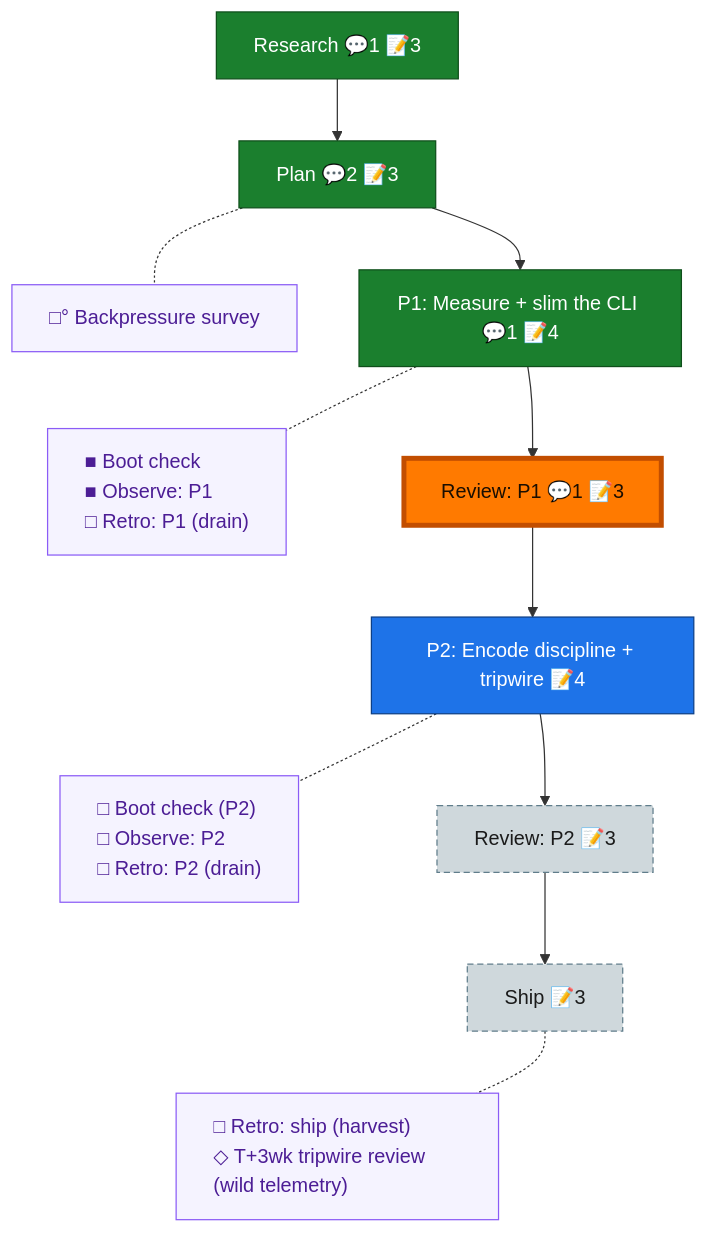
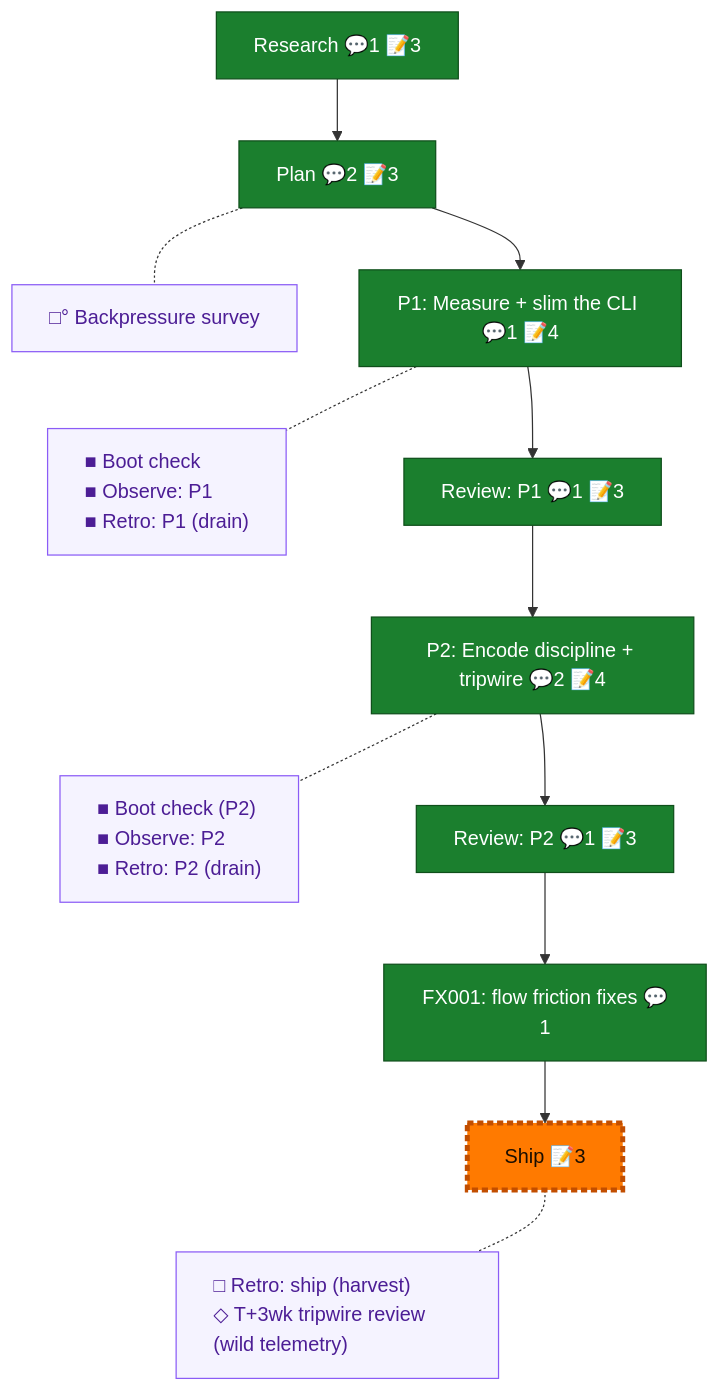
The diagram in docs/plans/057-flow-token-efficiency/the-flow.md (AI-Substrate/harness-engineering), drawn with Mermaid before and after one commit. The commit also changed other lines of this file and 1 other file, not shown here.

Commit message:
chore(057): flow state — fix-1 done, nav at ship (auto-render dogfood proven live)

````diff
--- a/docs/plans/057-flow-token-efficiency/the-flow.md
+++ b/docs/plans/057-flow-token-efficiency/the-flow.md
@@ -8,33 +8,33 @@
 ```mermaid
 flowchart TD
     research["Research 💬1 📝3"]:::done
     plan["Plan 💬2 📝3"]:::done
     phase_1["P1: Measure + slim the CLI 💬1 📝4"]:::done
     review_1["Review: P1 💬1 📝3"]:::done
-    phase_2["P2: Encode discipline + tripwire 📝4"]:::known
-    review_2["Review: P2 📝3"]:::assumed
+    phase_2["P2: Encode discipline + tripwire 💬2 📝4"]:::done
+    review_2["Review: P2 💬1 📝3"]:::done
+    fix_1["FX001: flow friction fixes 💬1"]:::done
     ship["Ship 📝3"]:::assumed
 
-    research --> plan --> phase_1 --> review_1 --> phase_2 --> review_2 --> ship
+    research --> plan --> phase_1 --> review_1 --> phase_2 --> review_2 --> fix_1 --> ship
 
     planC["□° Backpressure survey"]:::chore
-    phase_1C["■ Boot check<br/>■ Observe: P1<br/>□ Retro: P1 (drain)"]:::chore
-    phase_2C["□ Boot check (P2)<br/>□ Observe: P2<br/>□ Retro: P2 (drain)"]:::chore
+    phase_1C["■ Boot check<br/>■ Observe: P1<br/>■ Retro: P1 (drain)"]:::chore
+    phase_2C["■ Boot check (P2)<br/>■ Observe: P2<br/>■ Retro: P2 (drain)"]:::chore
     shipC["□ Retro: ship (harvest)<br/>◇ T+3wk tripwire review (wild telemetry)"]:::chore
 
     %% invisible chain holds the gutter boxes in their own column
     planC ~~~ phase_1C ~~~ phase_2C ~~~ shipC
 
     %% dotted links pull each gutter box beside its node
     plan -.- planC
     phase_1 -.- phase_1C
     phase_2 -.- phase_2C
     ship -.- shipC
 
     classDef done fill:#1B7F2E,stroke:#0F4F1B,color:#fff;
-    classDef known fill:#1E73E8,stroke:#0D3F86,color:#fff;
     classDef assumed fill:#CFD8DC,stroke:#607D8B,color:#1a1a1a,stroke-dasharray:5 3;
     classDef chore fill:#f5f3ff,stroke:#8b5cf6,color:#4c1d95,text-align:left;
     classDef current fill:#FF7A00,stroke:#C24E00,color:#1a0e00,stroke-width:4px;
-    class review_1 current;
+    class ship current;
 ```
````
